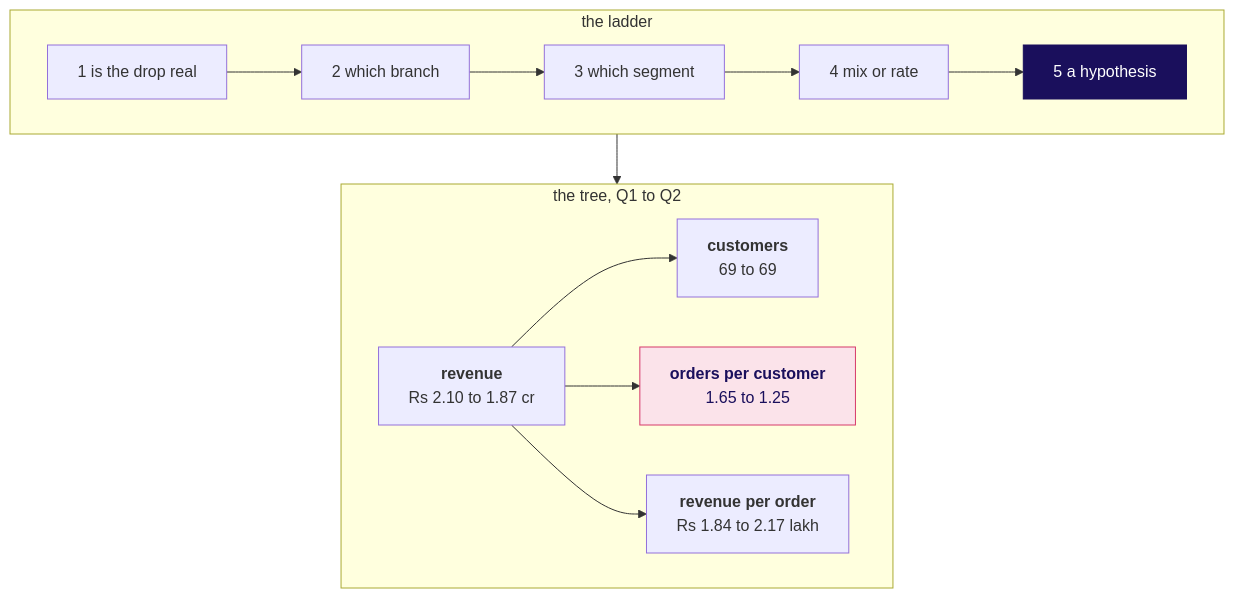
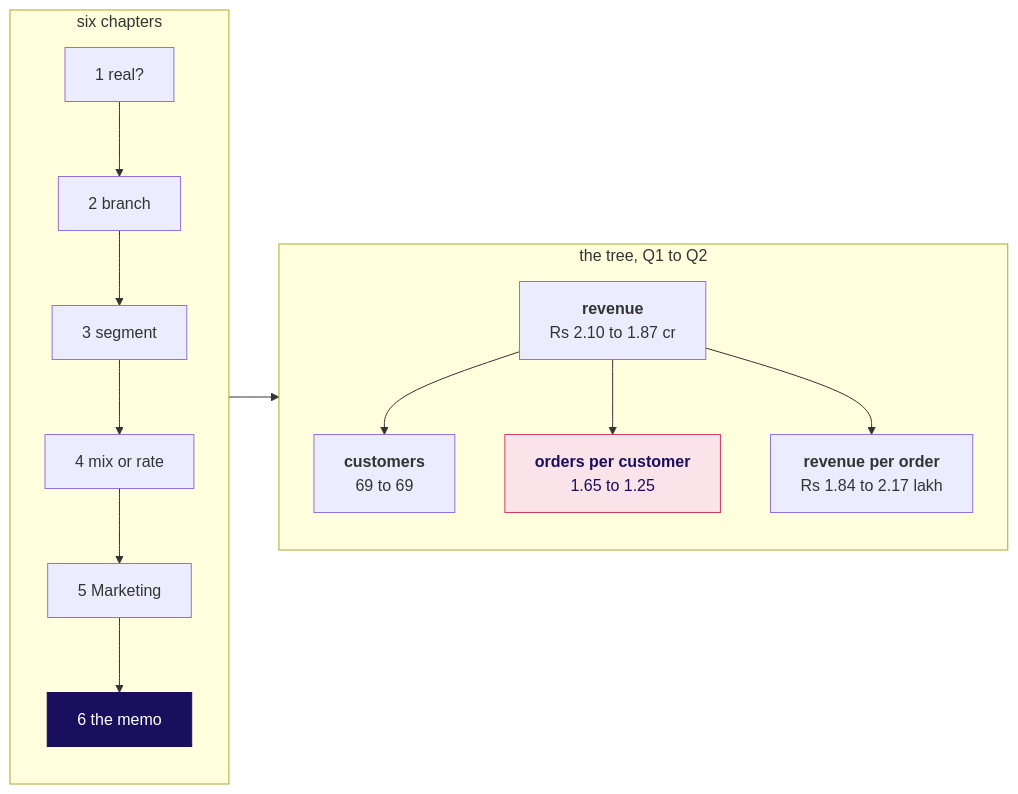
Before and after one commit to fde-academy-lab/c2-content-factory: the diagram in content/W01/D2/cheatsheets/C2_W01_D02_investigation_ladder_STUDENT.md, drawn with Mermaid. The commit also changed other lines of this file and 9 other files, not shown here.

````diff
--- a/content/W01/D2/cheatsheets/C2_W01_D02_investigation_ladder_STUDENT.md
+++ b/content/W01/D2/cheatsheets/C2_W01_D02_investigation_ladder_STUDENT.md
@@ -9,21 +9,22 @@
 ```mermaid
-flowchart TB
-    subgraph LAD["the ladder"]
-        direction LR
-        R1["1 is the drop real"] --> R2["2 which branch"]
-        R2 --> R3["3 which segment"]
+flowchart LR
+    subgraph LAD["six chapters"]
+        direction TB
+        R1["1 real?"] --> R2["2 branch"]
+        R2 --> R3["3 segment"]
         R3 --> R4["4 mix or rate"]
-        R4 --> R5["5 a hypothesis"]
+        R4 --> R5["5 Marketing"]
+        R5 --> R6["6 the memo"]
     end
     subgraph TREE["the tree, Q1 to Q2"]
-        direction LR
+        direction TB
         V["<b>revenue</b><br/>Rs 2.10 to 1.87 cr"] --> C["<b>customers</b><br/>69 to 69"]
         V --> F["<b>orders per customer</b><br/>1.65 to 1.25"]
         V --> O["<b>revenue per order</b><br/>Rs 1.84 to 2.17 lakh"]
     end
     LAD --> TREE
     classDef bet fill:#1A0F5C,stroke:#1A0F5C,color:#FFFFFF
     classDef moved fill:#FBE3EA,stroke:#D63A6A,color:#1A0F5C
-    class R5 bet
+    class R6 bet
     class F moved
 ```
````
